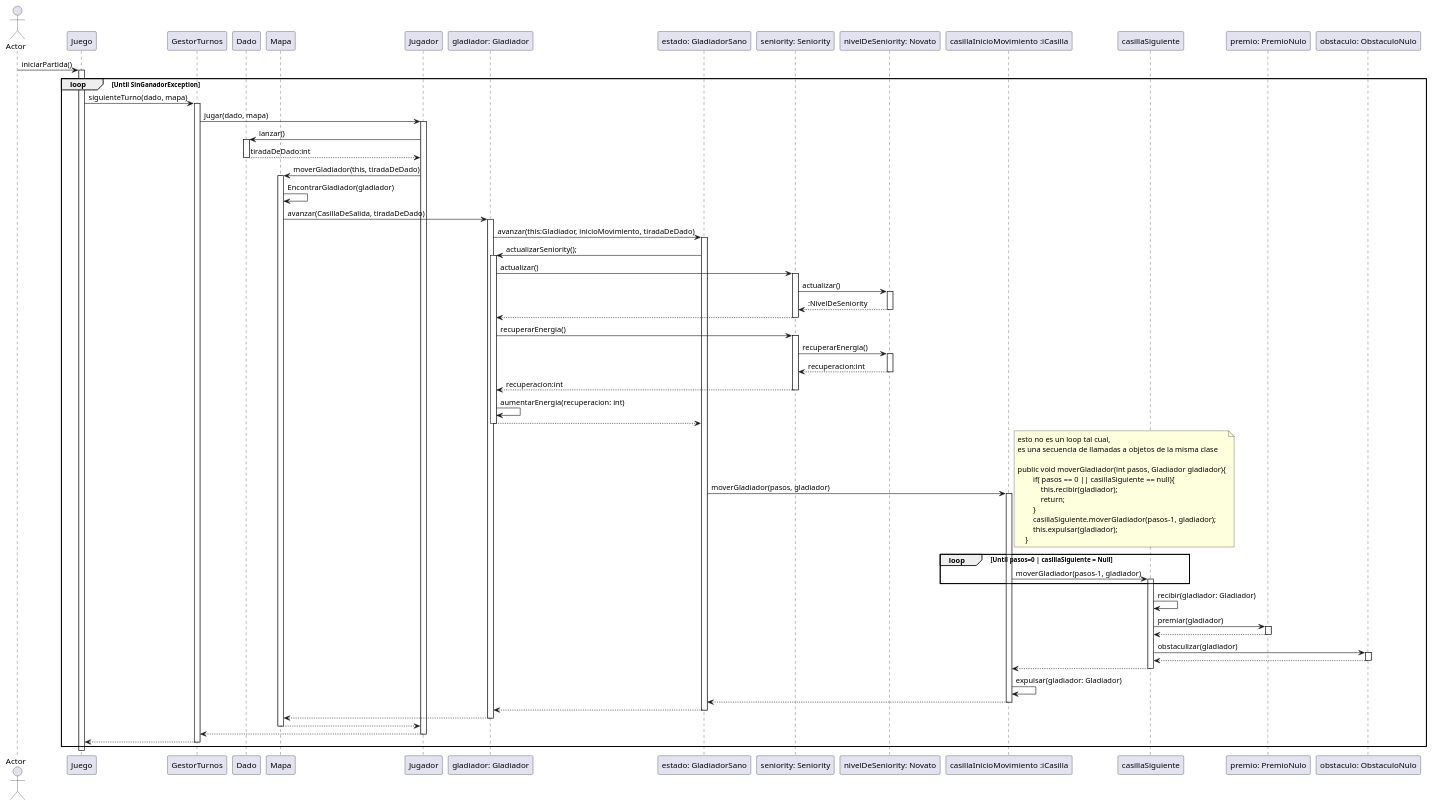
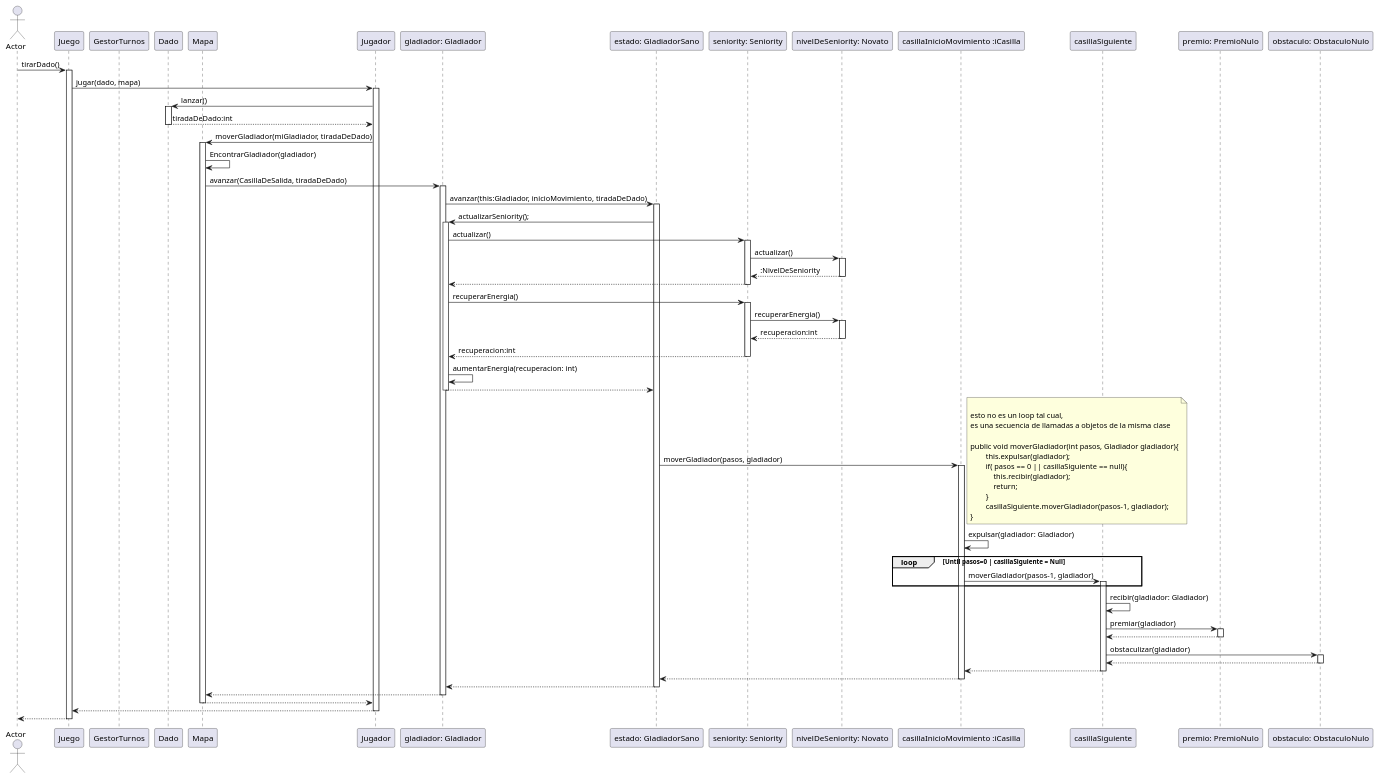
Before and after one commit to mcumskov/Algo3_tp2: the diagram in diagrams/sequences/InicioPartidaYJuegaUnTurno.puml, drawn with PlantUML. The commit also changed 17 other files, not shown here.

```diff
--- a/diagrams/sequences/InicioPartidaYJuegaUnTurno.puml
+++ b/diagrams/sequences/InicioPartidaYJuegaUnTurno.puml
@@ -1,99 +1,99 @@
 @startuml
 actor Actor
 participant Juego
 participant GestorTurnos
 participant Dado
 participant Mapa
 participant Jugador
 
-Actor -> Juego: iniciarPartida()
+Actor -> Juego: tirarDado()
 activate Juego
-loop Until SinGanadorException
-    Juego -> GestorTurnos: siguienteTurno(dado, mapa)
-    activate GestorTurnos
-    GestorTurnos -> Jugador: jugar(dado, mapa)
+    Juego -> Jugador: jugar(dado, mapa)
     activate Jugador
     Jugador -> Dado: lanzar()
     activate Dado
     Dado --> Jugador: tiradaDeDado:int
 
     deactivate Dado
 
-    Jugador -> Mapa: moverGladiador(this, tiradaDeDado)
+    Jugador -> Mapa: moverGladiador(miGladiador, tiradaDeDado)
     activate Mapa
     Mapa -> Mapa: EncontrarGladiador(gladiador)
     Mapa -> "gladiador: Gladiador":avanzar(CasillaDeSalida, tiradaDeDado)
     activate "gladiador: Gladiador"
     "gladiador: Gladiador" -> "estado: GladiadorSano": avanzar(this:Gladiador, inicioMovimiento, tiradaDeDado)
     activate "estado: GladiadorSano"
     "estado: GladiadorSano" -> "gladiador: Gladiador": actualizarSeniority();
     activate "gladiador: Gladiador"
     "gladiador: Gladiador" -> "seniority: Seniority":actualizar()
     activate "seniority: Seniority"
     "seniority: Seniority" -> "nivelDeSeniority: Novato":actualizar()
     activate "nivelDeSeniority: Novato"
     "nivelDeSeniority: Novato" --> "seniority: Seniority": :NivelDeSeniority
     deactivate "nivelDeSeniority: Novato"
     "seniority: Seniority" --> "gladiador: Gladiador"
     deactivate "seniority: Seniority"
     "gladiador: Gladiador" -> "seniority: Seniority":recuperarEnergia()
    activate "seniority: Seniority"
     "seniority: Seniority" -> "nivelDeSeniority: Novato":recuperarEnergia()
      activate "nivelDeSeniority: Novato"
     "nivelDeSeniority: Novato" --> "seniority: Seniority": recuperacion:int
     deactivate "nivelDeSeniority: Novato"
     "seniority: Seniority" --> "gladiador: Gladiador": recuperacion:int
     deactivate "seniority: Seniority"
     "gladiador: Gladiador" -> "gladiador: Gladiador": aumentarEnergia(recuperacion: int)
 
     "gladiador: Gladiador" --> "estado: GladiadorSano"
     deactivate "gladiador: Gladiador"
 
     "estado: GladiadorSano" -> "casillaInicioMovimiento :iCasilla": moverGladiador(pasos, gladiador)
+
     activate "casillaInicioMovimiento :iCasilla"
+
     note right
+
     esto no es un loop tal cual,
     es una secuencia de llamadas a objetos de la misma clase
 
     public void moverGladiador(int pasos, Gladiador gladiador){
+            this.expulsar(gladiador);
             if( pasos == 0 || casillaSiguiente == null){
                 this.recibir(gladiador);
                 return;
             }
             casillaSiguiente.moverGladiador(pasos-1, gladiador);
-            this.expulsar(gladiador);
-        }
+    }
     end note
+    "casillaInicioMovimiento :iCasilla" -> "casillaInicioMovimiento :iCasilla": expulsar(gladiador: Gladiador)
     loop Until pasos=0 | casillaSiguiente = Null
      "casillaInicioMovimiento :iCasilla" -> casillaSiguiente :moverGladiador(pasos-1, gladiador)
     activate casillaSiguiente
     end
     casillaSiguiente -> casillaSiguiente: recibir(gladiador: Gladiador)
     casillaSiguiente -> "premio: PremioNulo" : premiar(gladiador)
     activate "premio: PremioNulo"
     "premio: PremioNulo" --> casillaSiguiente
     deactivate "premio: PremioNulo"
     casillaSiguiente -> "obstaculo: ObstaculoNulo" : obstaculizar(gladiador)
     activate "obstaculo: ObstaculoNulo"
     "obstaculo: ObstaculoNulo" --> casillaSiguiente
     deactivate "obstaculo: ObstaculoNulo"
     casillaSiguiente --> "casillaInicioMovimiento :iCasilla":
     deactivate casillaSiguiente
-    "casillaInicioMovimiento :iCasilla" -> "casillaInicioMovimiento :iCasilla": expulsar(gladiador: Gladiador)
+
     "casillaInicioMovimiento :iCasilla" --> "estado: GladiadorSano"
     deactivate "casillaInicioMovimiento :iCasilla"
     "estado: GladiadorSano" --> "gladiador: Gladiador"
     deactivate "estado: GladiadorSano"
     "gladiador: Gladiador" --> Mapa
     deactivate "gladiador: Gladiador"
 
     Mapa --> Jugador
     deactivate Mapa
-    Jugador--> GestorTurnos
+
+    Jugador--> Juego
     deactivate Jugador
-    GestorTurnos --> Juego
-    deactivate GestorTurnos
-end
-deactivate Juego
+    Juego --> Actor
+    deactivate Juego
 
 @enduml
```
